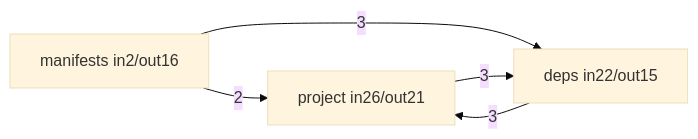
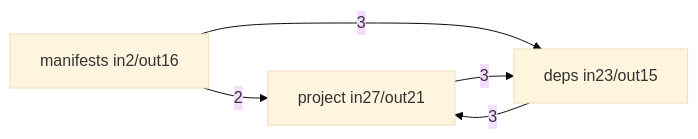
One commit to hafley66/sprefa changed the fourth of 5 diagrams in docs/selfdoc/extract.md. Above: the diagram before and after it, drawn with Mermaid (base theme). The commit also changed other lines of this file and 10 other files, not shown here.

````diff
--- a/docs/selfdoc/extract.md
+++ b/docs/selfdoc/extract.md
@@ -279,10 +282,10 @@
 ```mermaid
 flowchart LR
-  n1["project  in26/out21"]
-  n2["deps  in22/out15"]
+  n1["project  in27/out21"]
+  n2["deps  in23/out15"]
   n3["manifests  in2/out16"]
   n2 -->|3| n1
   n3 -->|3| n2
   n1 -->|3| n2
   n3 -->|2| n1
 ```
````
